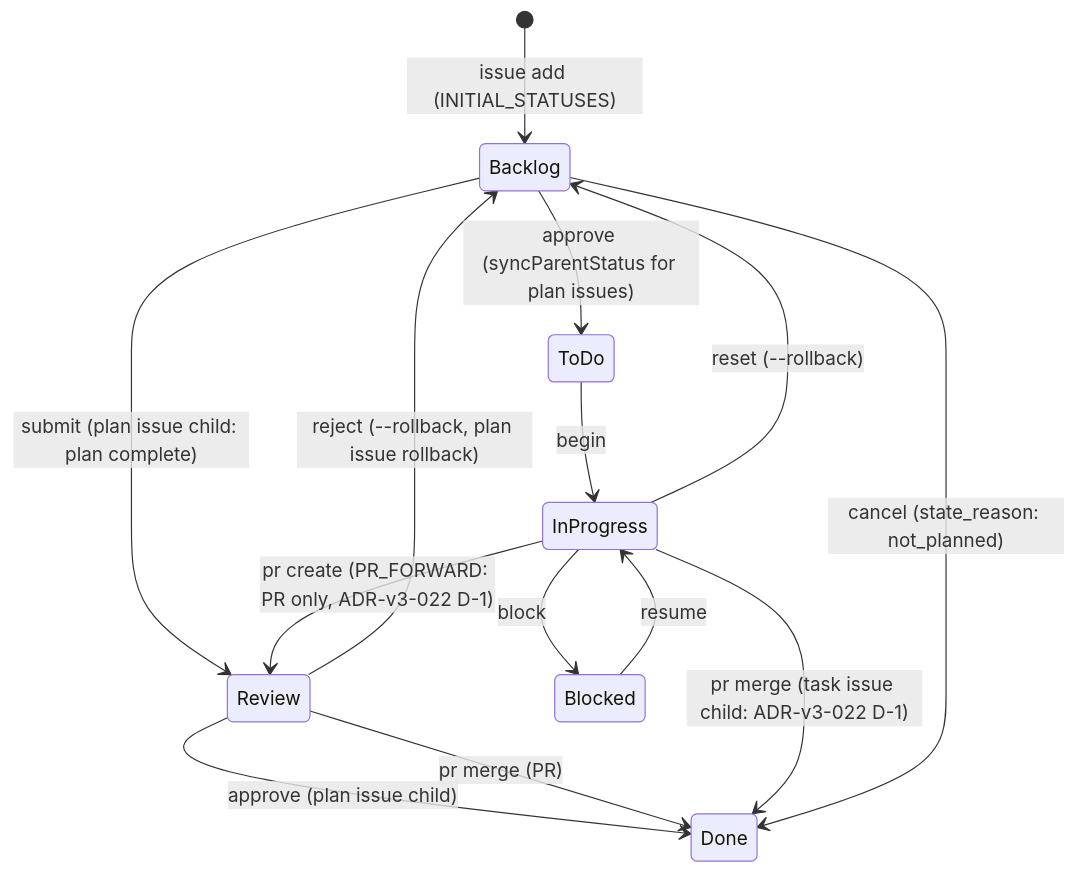
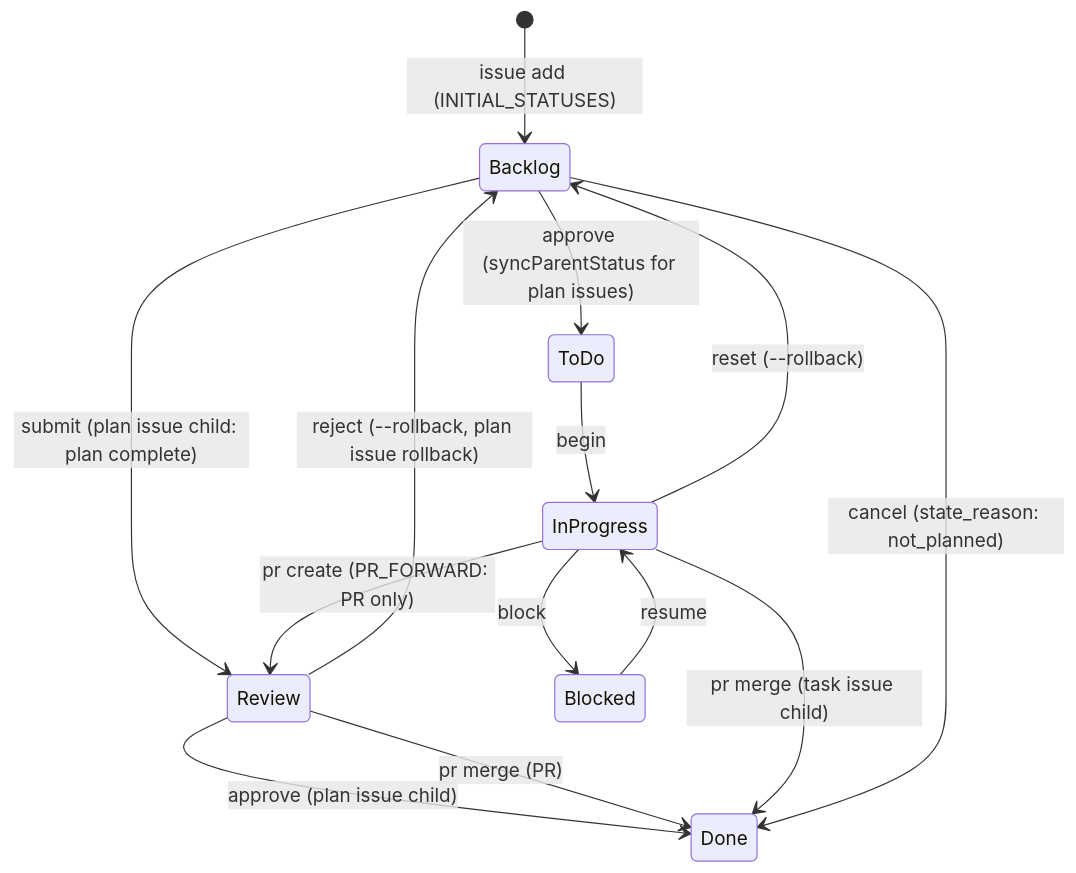
One commit to ShirokumaDevelopment/shirokuma-plugins changed the diagram in shirokuma-skills-en/skills/managing-github-items/reference/github-operations.md. Above: the diagram before and after it, drawn with Mermaid. The commit also changed other lines of this file and 134 other files, not shown here.

````diff
--- a/shirokuma-skills-en/skills/managing-github-items/reference/github-operations.md
+++ b/shirokuma-skills-en/skills/managing-github-items/reference/github-operations.md
@@ -197,16 +197,16 @@
 ```mermaid
 stateDiagram-v2
   [*] --> Backlog: issue add (INITIAL_STATUSES)
   Backlog --> ToDo: approve (syncParentStatus for plan issues)
   Backlog --> Review: submit (plan issue child: plan complete)
   ToDo --> InProgress: begin
-  InProgress --> Review: pr create (PR_FORWARD: PR only, ADR-v3-022 D-1)
+  InProgress --> Review: pr create (PR_FORWARD: PR only)
   Review --> Done: approve (plan issue child)
   Review --> Done: pr merge (PR)
   InProgress --> Blocked: block
   Blocked --> InProgress: resume
-  InProgress --> Done: pr merge (task issue child: ADR-v3-022 D-1)
+  InProgress --> Done: pr merge (task issue child)
   Backlog --> Done: cancel (state_reason: not_planned)
   Review --> Backlog: reject (--rollback, plan issue rollback)
   InProgress --> Backlog: reset (--rollback)
 ```
````
